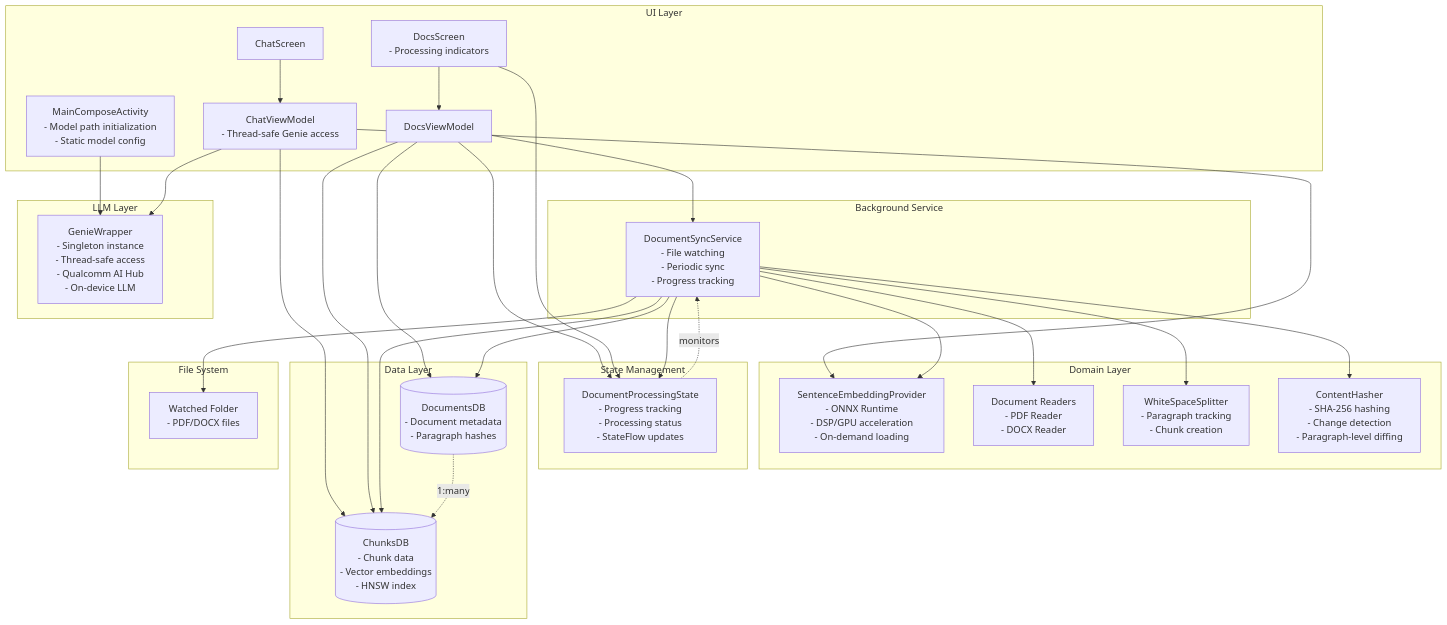
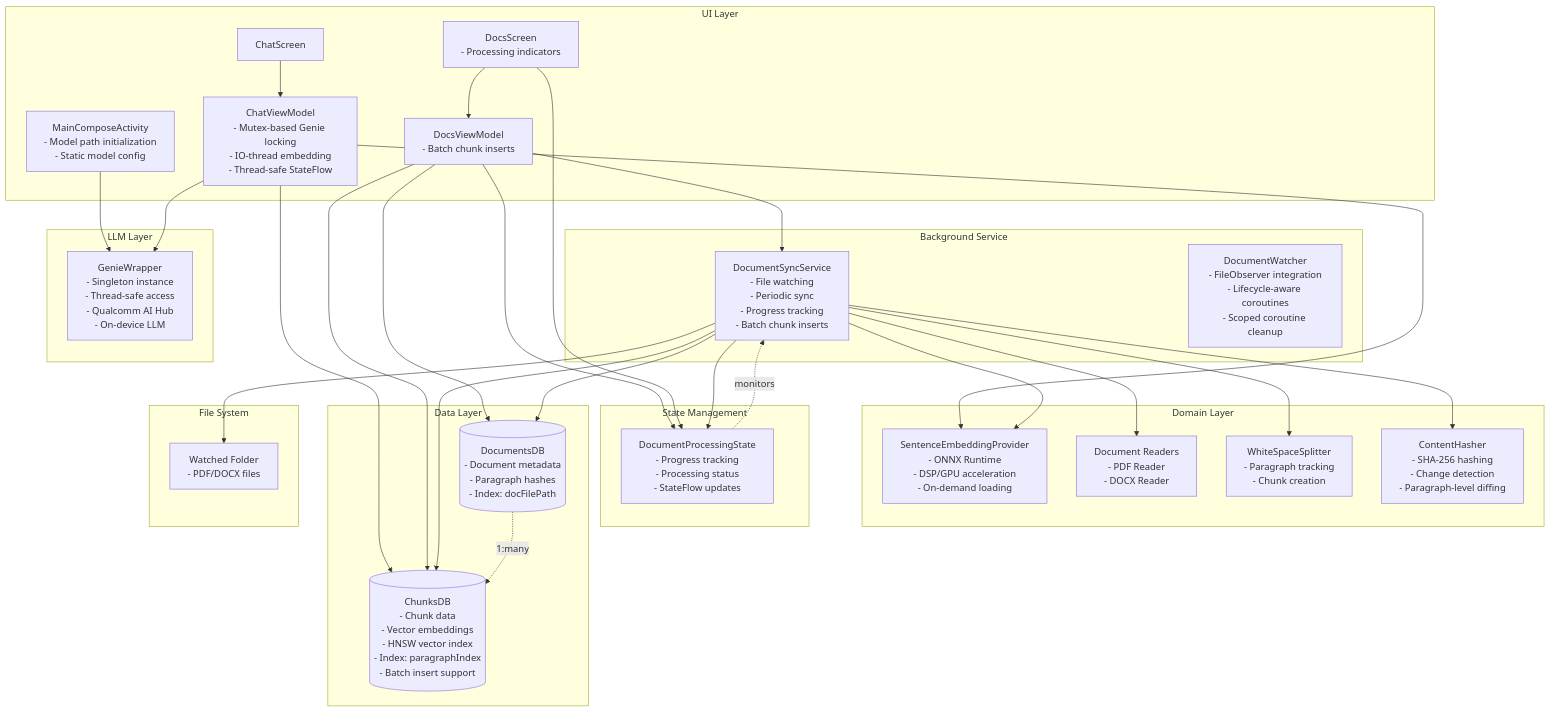
The first of 5 diagrams in app/architecture-diagrams.md (bismansahni/Qualcomm-ondevice-rag), drawn with Mermaid before and after one commit. The commit also changed other lines of this file and 2 other files, not shown here.

Commit message:
improved threading and arch diagram.

````diff
--- a/app/architecture-diagrams.md
+++ b/app/architecture-diagrams.md
@@ -5,69 +5,70 @@
 ```mermaid
 graph TB
     subgraph "UI Layer"
         MainActivity[MainComposeActivity<br/>- Model path initialization<br/>- Static model config]
         ChatScreen[ChatScreen]
         DocsScreen[DocsScreen<br/>- Processing indicators]
-        ChatVM[ChatViewModel<br/>- Thread-safe Genie access]
-        DocsVM[DocsViewModel]
+        ChatVM[ChatViewModel<br/>- Mutex-based Genie locking<br/>- IO-thread embedding<br/>- Thread-safe StateFlow]
+        DocsVM[DocsViewModel<br/>- Batch chunk inserts]
     end
 
     subgraph "Background Service"
-        DocSyncService[DocumentSyncService<br/>- File watching<br/>- Periodic sync<br/>- Progress tracking]
+        DocSyncService[DocumentSyncService<br/>- File watching<br/>- Periodic sync<br/>- Progress tracking<br/>- Batch chunk inserts]
+        DocWatcher[DocumentWatcher<br/>- FileObserver integration<br/>- Lifecycle-aware coroutines<br/>- Scoped coroutine cleanup]
     end
 
     subgraph "Domain Layer"
         SentenceEncoder[SentenceEmbeddingProvider<br/>- ONNX Runtime<br/>- DSP/GPU acceleration<br/>- On-demand loading]
         Readers[Document Readers<br/>- PDF Reader<br/>- DOCX Reader]
         Splitter[WhiteSpaceSplitter<br/>- Paragraph tracking<br/>- Chunk creation]
         Hasher[ContentHasher<br/>- SHA-256 hashing<br/>- Change detection<br/>- Paragraph-level diffing]
     end
 
     subgraph "State Management"
         ProcState[DocumentProcessingState<br/>- Progress tracking<br/>- Processing status<br/>- StateFlow updates]
     end
 
     subgraph "Data Layer"
-        DocsDB[(DocumentsDB<br/>- Document metadata<br/>- Paragraph hashes)]
-        ChunksDB[(ChunksDB<br/>- Chunk data<br/>- Vector embeddings<br/>- HNSW index)]
+        DocsDB[(DocumentsDB<br/>- Document metadata<br/>- Paragraph hashes<br/>- Index: docFilePath)]
+        ChunksDB[(ChunksDB<br/>- Chunk data<br/>- Vector embeddings<br/>- HNSW vector index<br/>- Index: paragraphIndex<br/>- Batch insert support)]
     end
 
     subgraph "LLM Layer"
         GenieWrapper[GenieWrapper<br/>- Singleton instance<br/>- Thread-safe access<br/>- Qualcomm AI Hub<br/>- On-device LLM]
     end
 
     subgraph "File System"
         WatchedFolder[Watched Folder<br/>- PDF/DOCX files]
     end
 
     %% UI interactions
     ChatScreen --> ChatVM
     DocsScreen --> DocsVM
     MainActivity --> GenieWrapper
 
     %% Chat flow
     ChatVM --> SentenceEncoder
     ChatVM --> ChunksDB
     ChatVM --> GenieWrapper
 
     %% Document management
     DocsVM --> DocsDB
     DocsVM --> ChunksDB
     DocsVM --> DocSyncService
     DocsVM --> ProcState
     DocsScreen --> ProcState
 
     %% Background service flow
     DocSyncService --> WatchedFolder
     DocSyncService --> Readers
     DocSyncService --> Splitter
     DocSyncService --> Hasher
     DocSyncService --> SentenceEncoder
     DocSyncService --> DocsDB
     DocSyncService --> ChunksDB
     DocSyncService --> ProcState
 
     %% Data relationships
     DocsDB -.->|1:many| ChunksDB
     ProcState -.->|monitors| DocSyncService
 ```
````
